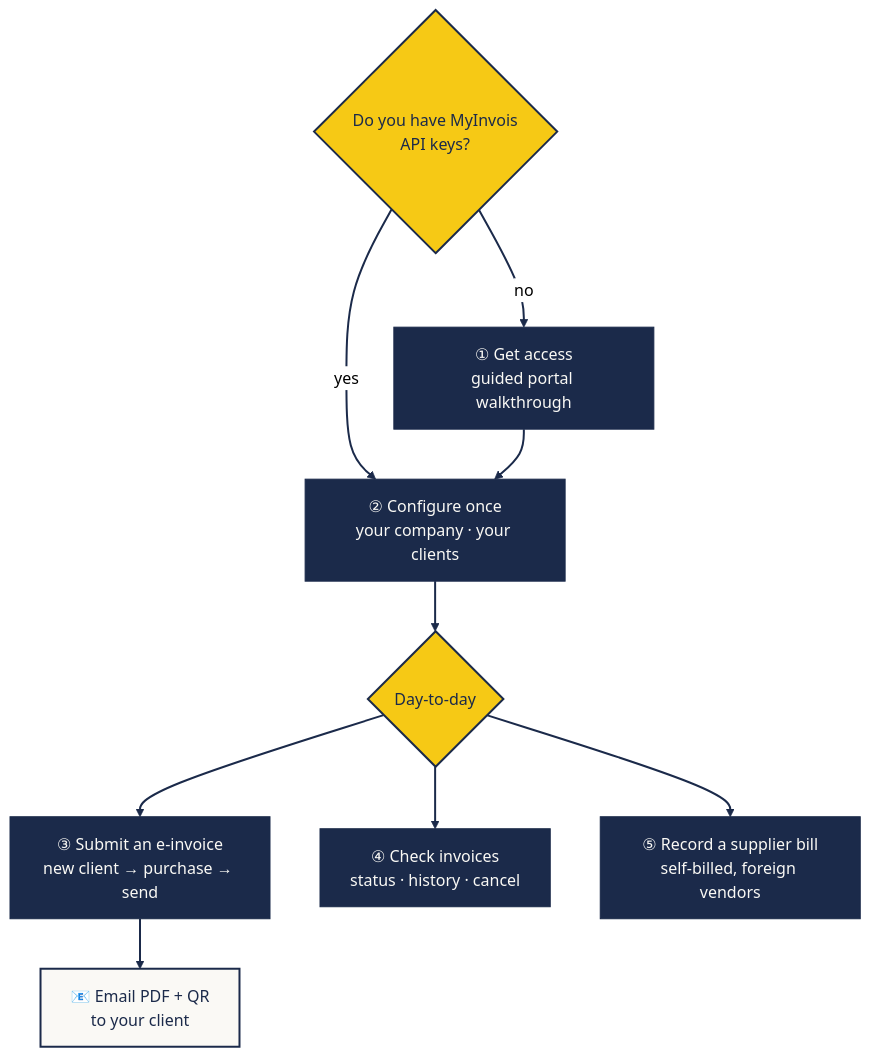
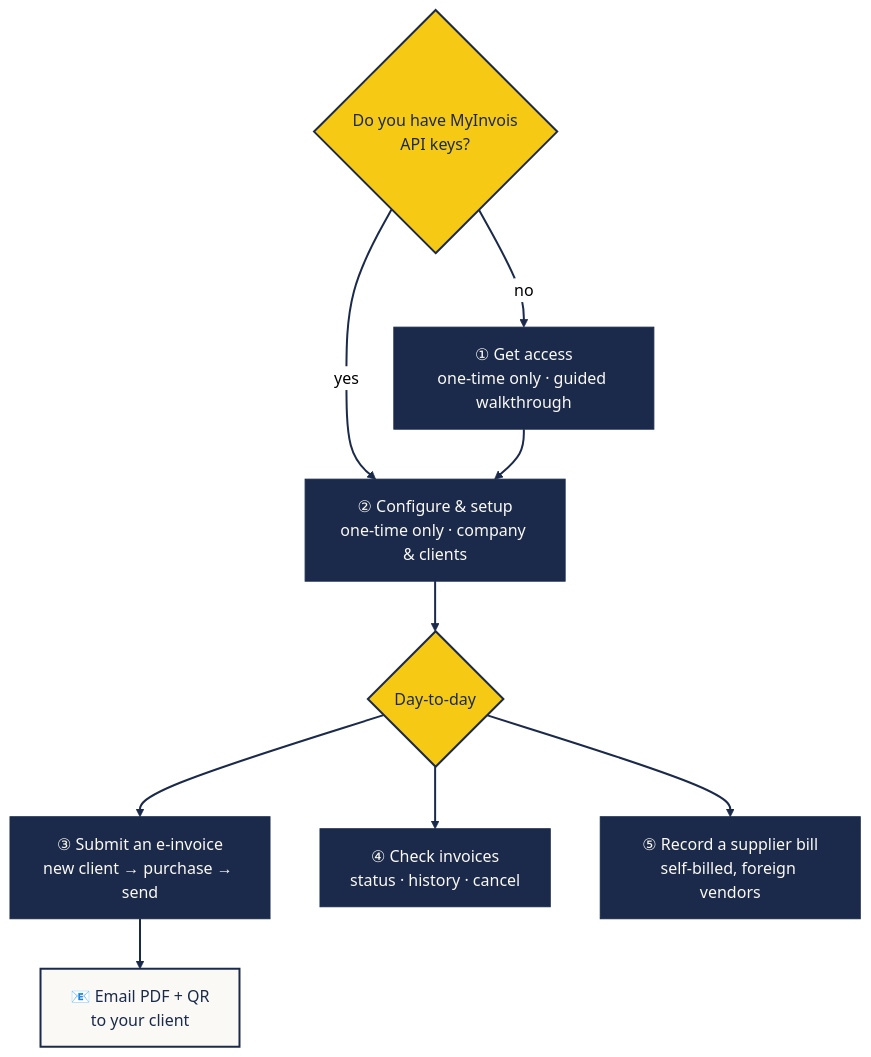
Before and after one commit to techtemplemy/mcp-myinvois: the first of 2 diagrams in README.md, drawn with Mermaid (neutral theme). The commit also changed other lines of this file and 9 other files, not shown here.

First line of the commit message:
WTFPL license, richer npm keywords, copy-skill.md buttons, clickable chart

````diff
--- a/README.md
+++ b/README.md
@@ -17,19 +17,24 @@
 ```mermaid
 flowchart TD
-    A{"Do you have MyInvois<br/>API keys?"} -->|no| B["① Get access<br/>guided portal walkthrough"]
-    A -->|yes| C["② Configure once<br/>your company · your clients"]
+    A{"Do you have MyInvois<br/>API keys?"} -->|no| B["① Get access<br/>one-time only · guided walkthrough"]
+    A -->|yes| C["② Configure &amp; setup<br/>one-time only · company &amp; clients"]
     B --> C
     C --> D{"Day-to-day"}
     D --> E["③ Submit an e-invoice<br/>new client → purchase → send"]
     D --> F["④ Check invoices<br/>status · history · cancel"]
     D --> G["⑤ Record a supplier bill<br/>self-billed, foreign vendors"]
     E --> H["📧 Email PDF + QR<br/>to your client"]
 
     classDef ask fill:#F6C915,stroke:#1B2A4A,stroke-width:2px,color:#1B2A4A
     classDef journey fill:#1B2A4A,stroke:#1B2A4A,color:#FAF9F5
     classDef result fill:#FAF9F5,stroke:#1B2A4A,stroke-width:2px,color:#1B2A4A
     class A,D ask
     class B,C,E,F,G journey
     class H result
     linkStyle default stroke:#1B2A4A,stroke-width:2px
+    click B "https://techtemplemy.github.io/e-invoice-malaysia-mcp/guide-access.html" "Get access — guided walkthrough"
+    click C "https://techtemplemy.github.io/e-invoice-malaysia-mcp/guide-configure.html" "Configure & setup"
+    click E "https://techtemplemy.github.io/e-invoice-malaysia-mcp/guide-submit.html" "Submit an e-invoice"
+    click F "https://techtemplemy.github.io/e-invoice-malaysia-mcp/guide-check.html" "Check invoices"
+    click G "https://techtemplemy.github.io/e-invoice-malaysia-mcp/guide-selfbill.html" "Record a supplier bill"
 ```
````
